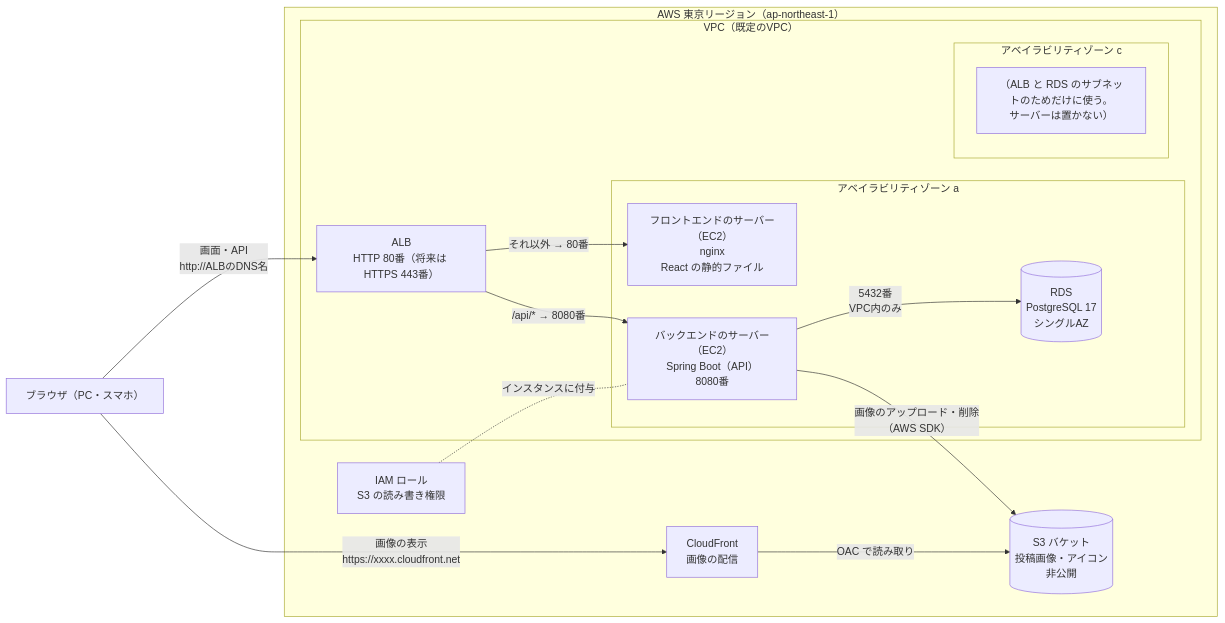
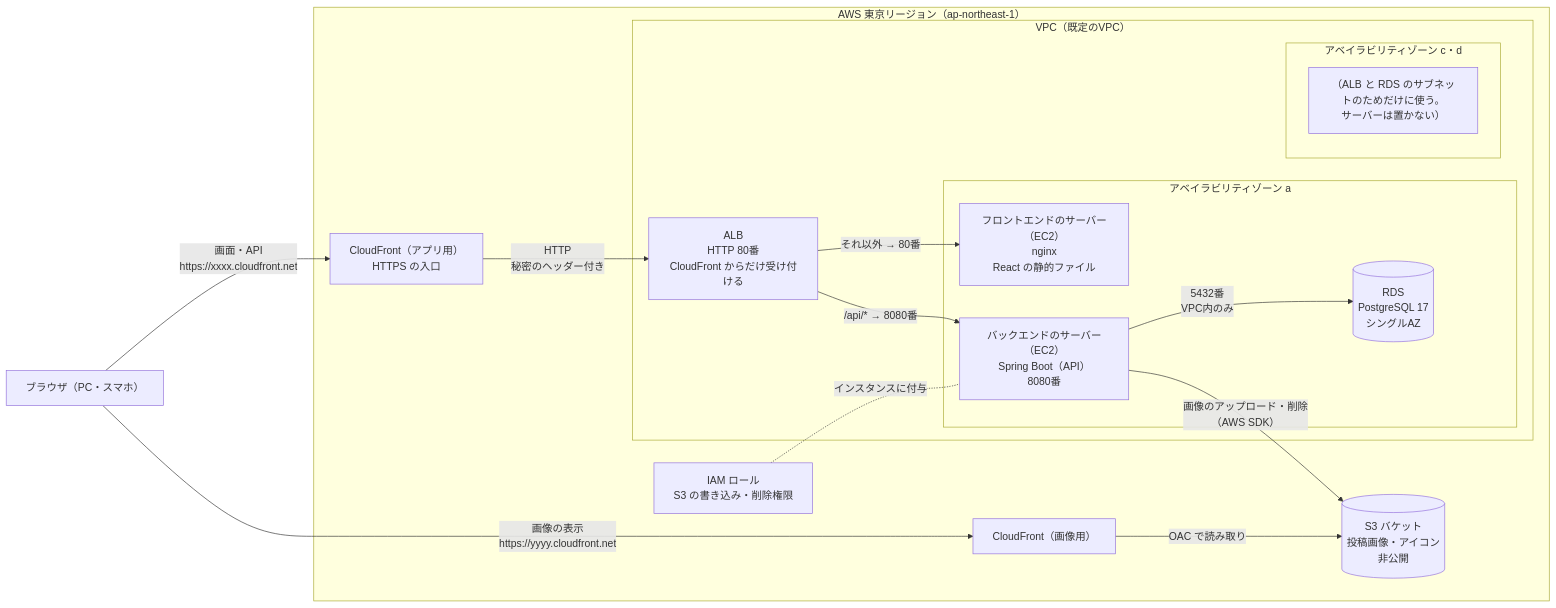
The diagram in docs/infrastructure.md (okky0908-prog/sns-app), drawn with Mermaid before and after one commit. The commit also changed other lines of this file and 24 other files, not shown here.

First line of the commit message:
feat: AWS の環境を Terraform で作る（CloudFront + ALB + EC2 + RDS + S3）

````diff
--- a/docs/infrastructure.md
+++ b/docs/infrastructure.md
@@ -12,34 +12,36 @@
 ```mermaid
 flowchart LR
     Browser["ブラウザ（PC・スマホ）"]
 
     subgraph AWS["AWS 東京リージョン（ap-northeast-1）"]
-        CF["CloudFront<br/>画像の配信"]
+        CFApp["CloudFront（アプリ用）<br/>HTTPS の入口"]
+        CFImg["CloudFront（画像用）"]
         S3[("S3 バケット<br/>投稿画像・アイコン<br/>非公開")]
 
         subgraph VPC["VPC（既定のVPC）"]
-            ALB["ALB<br/>HTTP 80番（将来は HTTPS 443番）"]
+            ALB["ALB<br/>HTTP 80番<br/>CloudFront からだけ受け付ける"]
 
             subgraph AZa["アベイラビリティゾーン a"]
                 FE["フロントエンドのサーバー（EC2）<br/>nginx<br/>React の静的ファイル"]
                 BE["バックエンドのサーバー（EC2）<br/>Spring Boot（API）<br/>8080番"]
                 RDS[("RDS<br/>PostgreSQL 17<br/>シングルAZ")]
             end
 
-            subgraph AZc["アベイラビリティゾーン c"]
+            subgraph AZc["アベイラビリティゾーン c・d"]
                 Spare["（ALB と RDS のサブネットのためだけに使う。<br/>サーバーは置かない）"]
             end
         end
 
-        IAM["IAM ロール<br/>S3 の読み書き権限"]
+        IAM["IAM ロール<br/>S3 の書き込み・削除権限"]
     end
 
-    Browser -->|"画面・API<br/>http://ALBのDNS名"| ALB
+    Browser -->|"画面・API<br/>https://xxxx.cloudfront.net"| CFApp
+    CFApp -->|"HTTP<br/>秘密のヘッダー付き"| ALB
     ALB -->|"/api/* → 8080番"| BE
     ALB -->|"それ以外 → 80番"| FE
     BE -->|"5432番<br/>VPC内のみ"| RDS
     BE -->|"画像のアップロード・削除<br/>（AWS SDK）"| S3
     IAM -. "インスタンスに付与" .- BE
-    Browser -->|"画像の表示<br/>https://xxxx.cloudfront.net"| CF
-    CF -->|"OAC で読み取り"| S3
+    Browser -->|"画像の表示<br/>https://yyyy.cloudfront.net"| CFImg
+    CFImg -->|"OAC で読み取り"| S3
 ```
````
